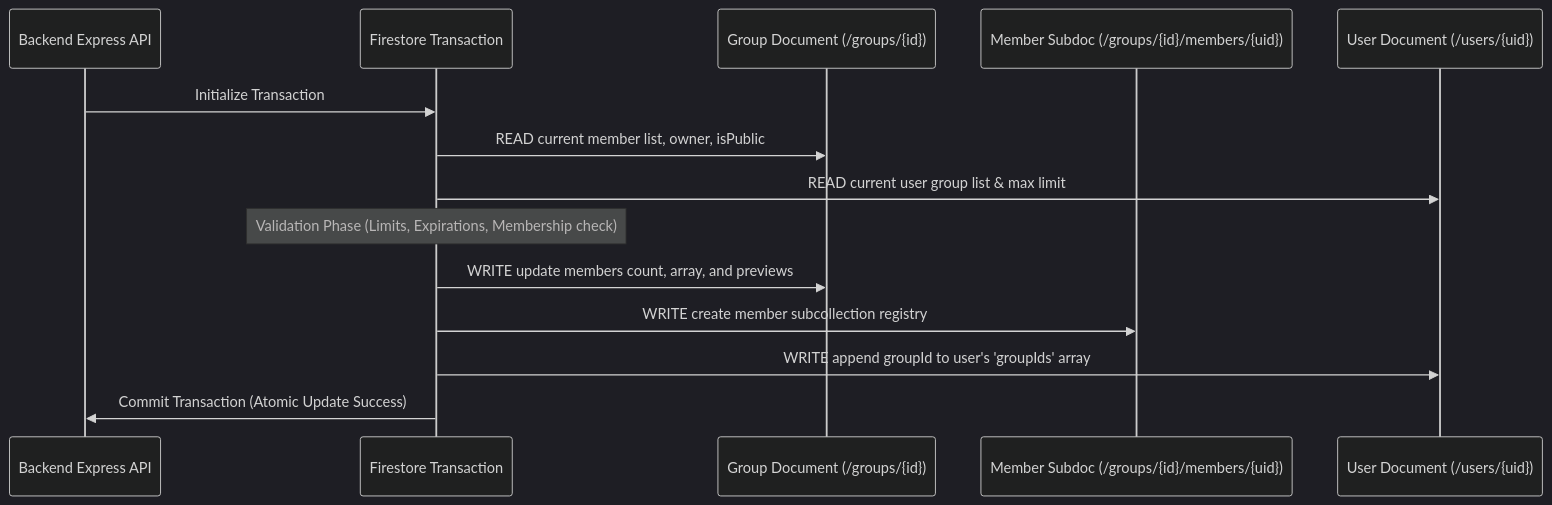
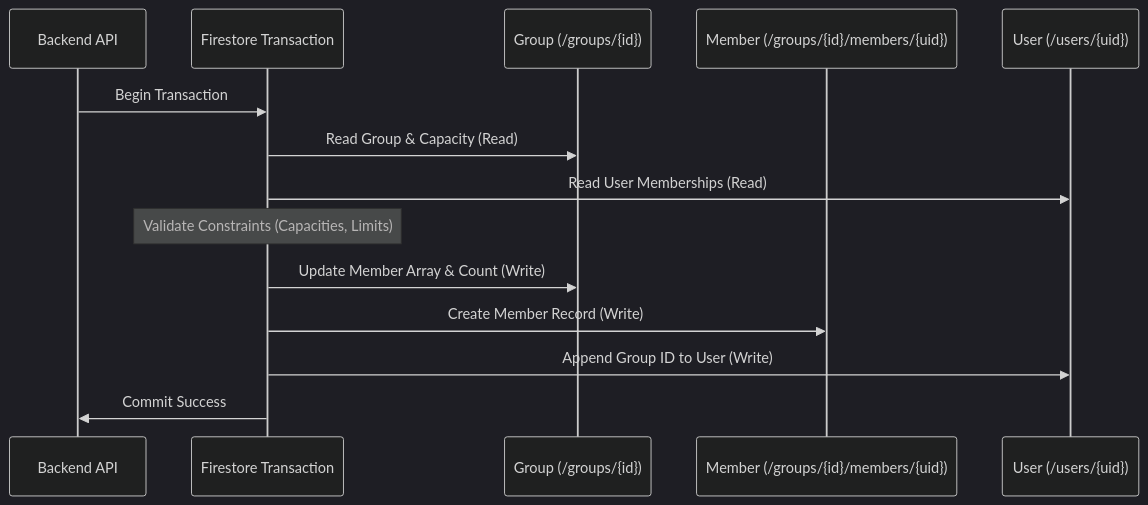
The diagram in docs/firestore-transactions-counters.md (ScriptureHabit/scripture-habit), drawn with Mermaid (dark theme) before and after one commit. The commit also changed other lines of this file and 19 other files, not shown here.

````diff
--- a/docs/firestore-transactions-counters.md
+++ b/docs/firestore-transactions-counters.md
@@ -82,17 +39,17 @@
 ```mermaid
 sequenceDiagram
-    participant API as Backend Express API
+    participant API as Backend API
     participant Tx as Firestore Transaction
-    participant G as Group Document (/groups/{id})
-    participant M as Member Subdoc (/groups/{id}/members/{uid})
-    participant U as User Document (/users/{uid})
+    participant G as Group (/groups/{id})
+    participant M as Member (/groups/{id}/members/{uid})
+    participant U as User (/users/{uid})
 
-    API->>Tx: Initialize Transaction
-    Tx->>G: READ current member list, owner, isPublic
-    Tx->>U: READ current user group list & max limit
-    Note over Tx: Validation Phase (Limits, Expirations, Membership check)
-    Tx->>G: WRITE update members count, array, and previews
-    Tx->>M: WRITE create member subcollection registry
-    Tx->>U: WRITE append groupId to user's 'groupIds' array
-    Tx->>API: Commit Transaction (Atomic Update Success)
+    API->>Tx: Begin Transaction
+    Tx->>G: Read Group & Capacity (Read)
+    Tx->>U: Read User Memberships (Read)
+    Note over Tx: Validate Constraints (Capacities, Limits)
+    Tx->>G: Update Member Array & Count (Write)
+    Tx->>M: Create Member Record (Write)
+    Tx->>U: Append Group ID to User (Write)
+    Tx->>API: Commit Success
 ```
````
